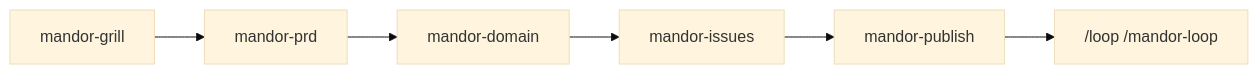
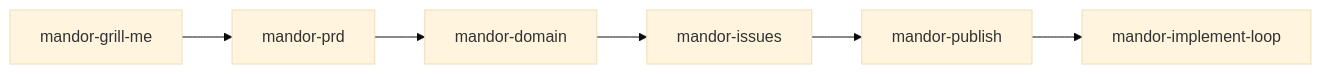
One commit to achmadya-dev/mandor-plate changed the diagram in docs/examples/account-status-chip/README.md. Above: the diagram before and after it, drawn with Mermaid (base theme). The commit also changed other lines of this file and 13 other files, not shown here.

````diff
--- a/docs/examples/account-status-chip/README.md
+++ b/docs/examples/account-status-chip/README.md
@@ -34,8 +34,8 @@
 ```mermaid
 flowchart LR
-  G[mandor-grill] --> P[mandor-prd]
+  G[mandor-grill-me] --> P[mandor-prd]
   P --> D[mandor-domain]
   D --> I[mandor-issues]
   I --> Pub[mandor-publish]
-  Pub --> L["/loop /mandor-loop"]
+  Pub --> L[mandor-implement-loop]
 ```
````
